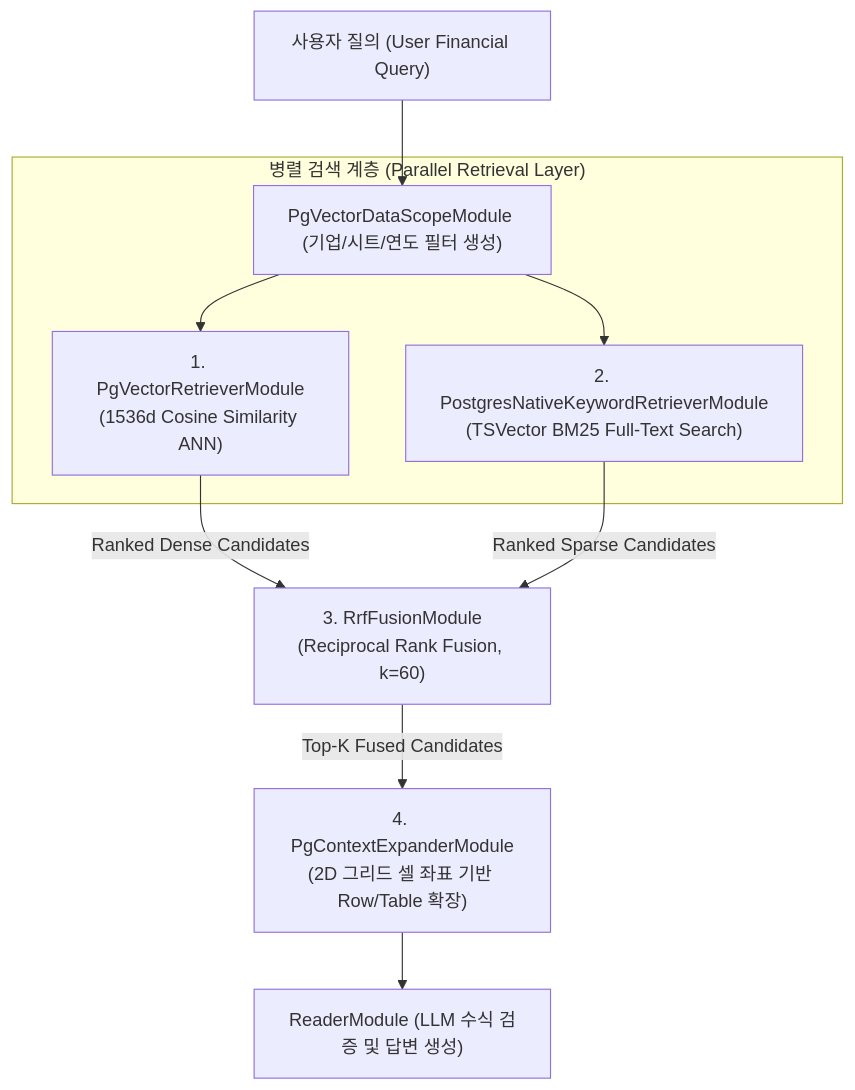
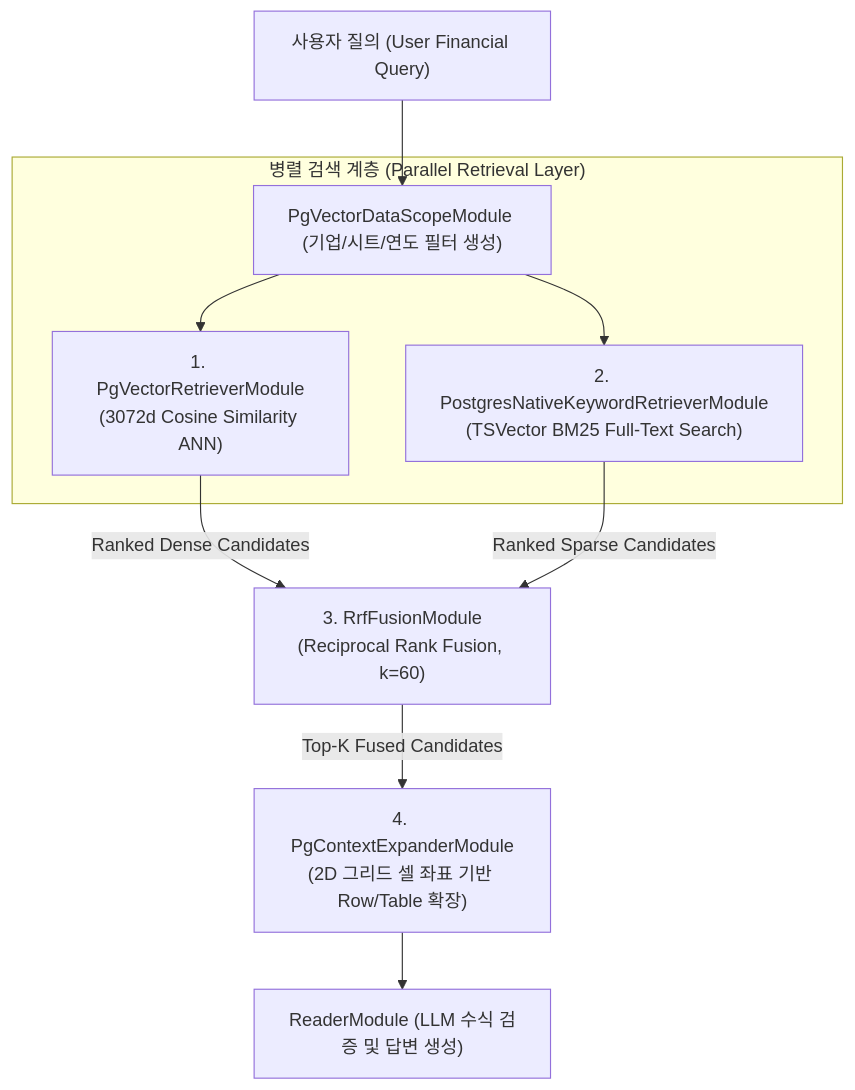
The first of 2 diagrams in docs/03_pipeline_module_blueprints/BP-303_hybrid_retrieval_and_fusion.md (bist-mini-final/bist-mini-final), drawn with Mermaid before and after one commit. The commit also changed 6 other files, not shown here.

````diff
--- a/docs/03_pipeline_module_blueprints/BP-303_hybrid_retrieval_and_fusion.md
+++ b/docs/03_pipeline_module_blueprints/BP-303_hybrid_retrieval_and_fusion.md
@@ -13,15 +13,15 @@
 ```mermaid
 flowchart TD
     QUERY["사용자 질의 (User Financial Query)"] --> SCOPE["PgVectorDataScopeModule (기업/시트/연도 필터 생성)"]
     
     subgraph ParallelRetrieval ["병렬 검색 계층 (Parallel Retrieval Layer)"]
-        SCOPE --> DENSE["1. PgVectorRetrieverModule<br>(1536d Cosine Similarity ANN)"]
+        SCOPE --> DENSE["1. PgVectorRetrieverModule<br>(3072d Cosine Similarity ANN)"]
         SCOPE --> SPARSE["2. PostgresNativeKeywordRetrieverModule<br>(TSVector BM25 Full-Text Search)"]
     end
 
     DENSE -->|Ranked Dense Candidates| RRF["3. RrfFusionModule<br>(Reciprocal Rank Fusion, k=60)"]
     SPARSE -->|Ranked Sparse Candidates| RRF
     
     RRF -->|Top-K Fused Candidates| EXPAND["4. PgContextExpanderModule<br>(2D 그리드 셀 좌표 기반 Row/Table 확장)"]
     EXPAND --> READER["ReaderModule (LLM 수식 검증 및 답변 생성)"]
 ```
````
